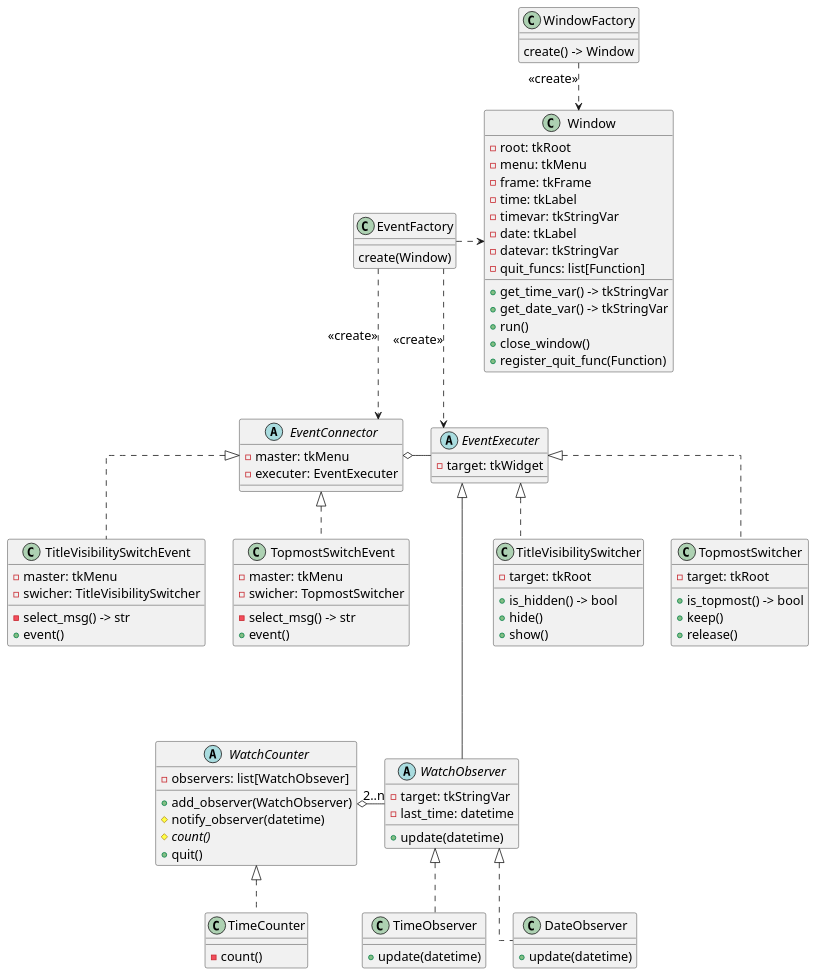
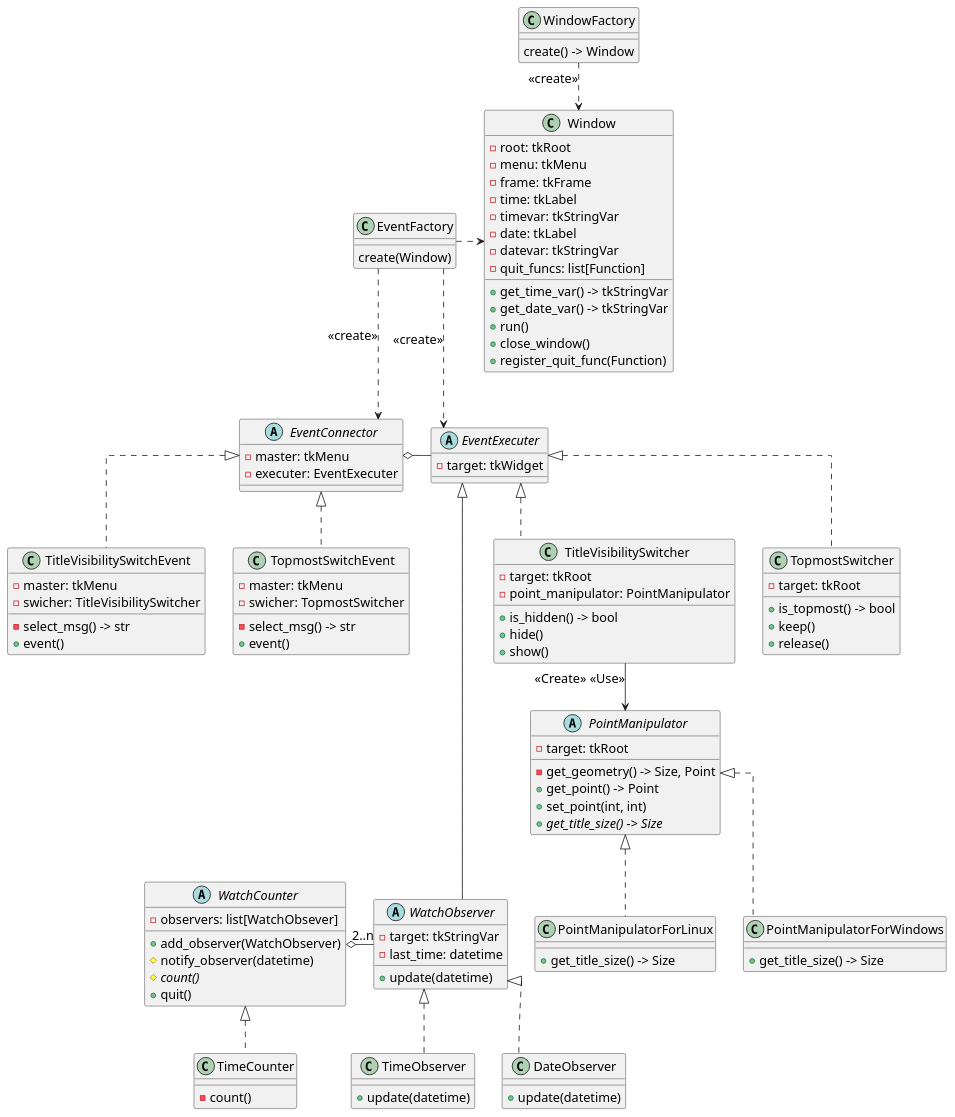
Before and after one commit to TAKE4548/OLW: the diagram in doc/class.puml, drawn with PlantUML. The commit also changed 5 other files, not shown here.

```diff
--- a/doc/class.puml
+++ b/doc/class.puml
@@ -1,101 +1,119 @@
 @startuml Class
 skinparam {
    defaultfontsize 16
    linetype ortho
 }
 class "Window" as w {
     - root: tkRoot
     - menu: tkMenu
     - frame: tkFrame
     - time: tkLabel
     - timevar: tkStringVar
     - date: tkLabel
     - datevar: tkStringVar
     - quit_funcs: list[Function]
     + get_time_var() -> tkStringVar
     + get_date_var() -> tkStringVar
     + run()
     + close_window()
     + register_quit_func(Function)
 }
 class "WindowFactory" as wf {
     create() -> Window
 }
 wf ..> w: <<create>>
 
 class "EventFactory" as ef {
     create(Window)
 }
 ef .r.> w
 abstract class "EventConnector" as ec {
     - master: tkMenu
     - executer: EventExecuter
 }
 abstract class "EventExecuter" as ee {
     - target: tkWidget
 }
 ec o-r- ee
 ef ..> ec: <<create>>
 ef ..> ee: <<create>>
 
 class "TitleVisibilitySwitcher" as tvs {
     - target: tkRoot
+    - point_manipulator: PointManipulator
     + is_hidden() -> bool
     + hide()
     + show()
 }
 ee <|.. tvs
 
 class "TitleVisibilitySwitchEvent" as tvse {
     - master: tkMenu
     - swicher: TitleVisibilitySwitcher
     - select_msg() -> str
     + event()
 }
 ec <|.. tvse
+
+abstract class "PointManipulator" as pm {
+    - target: tkRoot
+    - get_geometry() -> Size, Point
+    + get_point() -> Point
+    + set_point(int, int)
+    + {abstract} get_title_size() -> Size
+}
+class "PointManipulatorForLinux" as pml {
+    + get_title_size() -> Size
+}
+class "PointManipulatorForWindows" as pmw {
+    + get_title_size() -> Size
+}
+pm <|.. pml
+pm <|.. pmw
+tvs --> pm: <<Create>> <<Use>>
 
 class "TopmostSwitcher" as tms {
     - target: tkRoot
     + is_topmost() -> bool
     + keep()
     + release()
 }
 ee <|.. tms
 
 class "TopmostSwitchEvent" as tmse {
     - master: tkMenu
     - swicher: TopmostSwitcher
     - select_msg() -> str
     + event()
 }
 ec <|.. tmse
 
 abstract class "WatchObserver" as wo {
     - target: tkStringVar
     - last_time: datetime
     + update(datetime)
 }
 ee <|---- wo
 
 class "TimeObserver" as to {
     + update(datetime)
 }
 class "DateObserver" as do {
     + update(datetime)
 }
 wo <|.. to
 wo <|.. do
 
 abstract class "WatchCounter" as wc {
     - observers: list[WatchObsever]
     + add_observer(WatchObserver)
     # notify_observer(datetime)
     # {abstract} count()
     + quit()
 }
 class "TimeCounter" as tc {
     - count()
 }
 wc <|.. tc
 wo "2..n" -l-o wc
 @enduml
```
